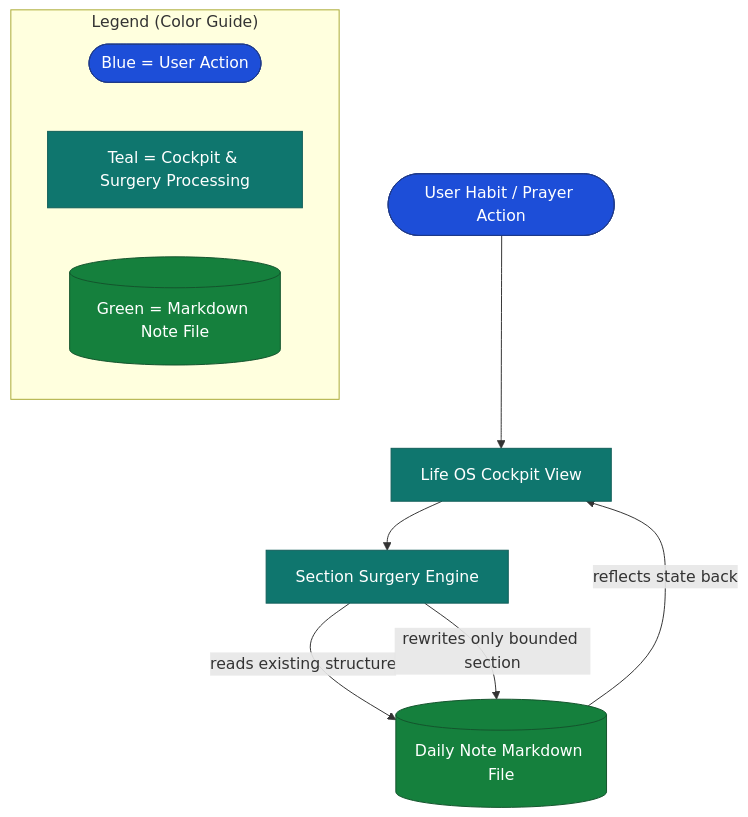
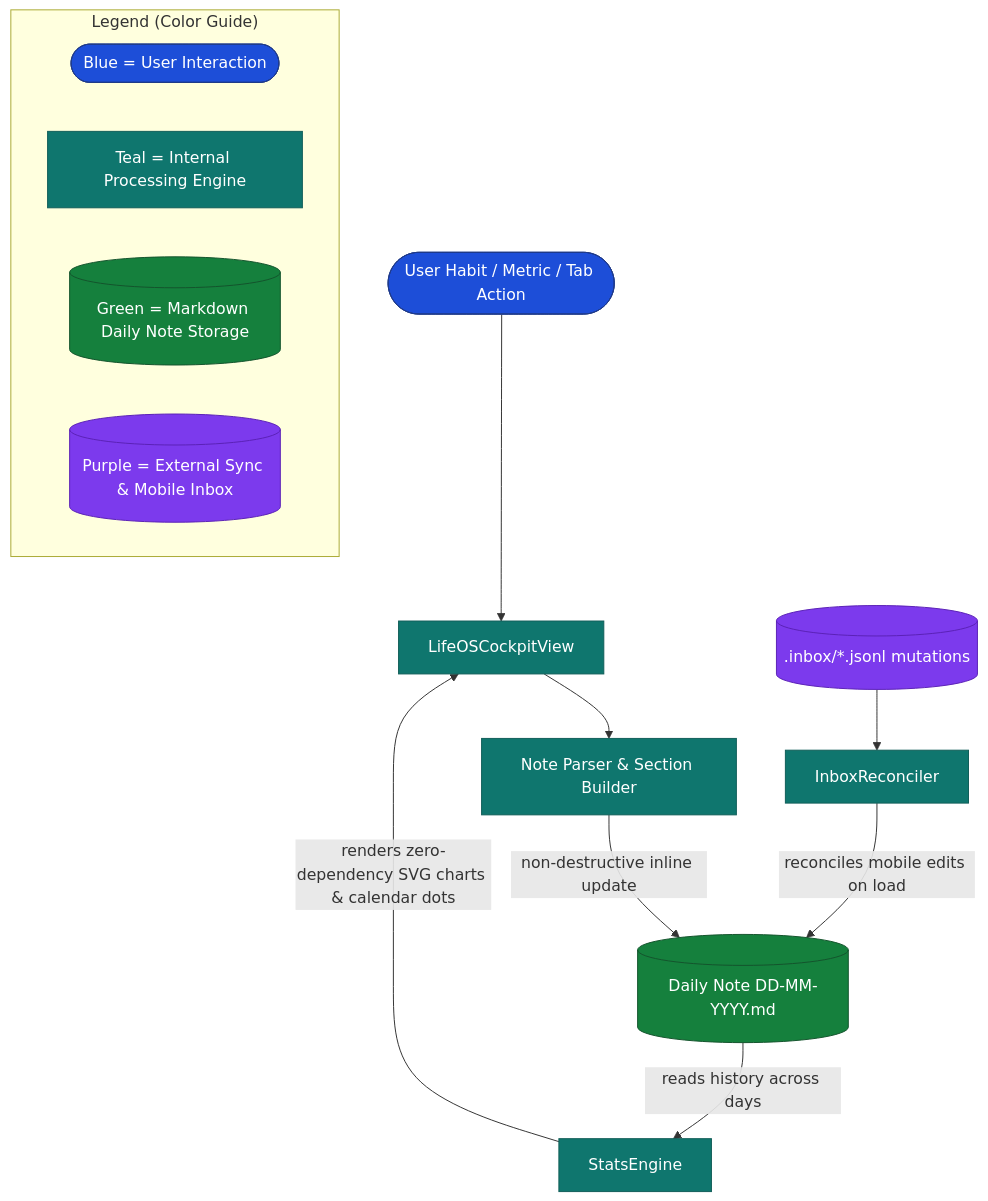
The diagram in docs/ARCHITECTURE.md (Mostakim2005/life-os), drawn with Mermaid before and after one commit. The commit also changed other lines of this file and 3 other files, not shown here.

Commit message:
docs: sync architecture, visual flows, and decisions for v3 cockpit

````diff
--- a/docs/ARCHITECTURE.md
+++ b/docs/ARCHITECTURE.md
@@ -6,19 +6,23 @@
 ```mermaid
 flowchart TB
     %% Color Definitions (Obsidian & GitHub compatible)
     classDef startNode fill:#1d4ed8,stroke:#1e3a8a,color:#ffffff
     classDef processNode fill:#0f766e,stroke:#115e59,color:#ffffff
     classDef outputNode fill:#15803d,stroke:#14532d,color:#ffffff
+    classDef bridgeNode fill:#7c3aed,stroke:#5b21b6,color:#ffffff
 
-    User([User Habit / Prayer Action]):::startNode --> View[Life OS Cockpit View]:::processNode
-    View --> Surgeon[Section Surgery Engine]:::processNode
-    Surgeon -->|reads existing structure| Note[(Daily Note Markdown File)]:::outputNode
-    Surgeon -->|rewrites only bounded section| Note
-    Note -->|reflects state back| View
+    User([User Habit / Metric / Tab Action]):::startNode --> Cockpit[LifeOSCockpitView]:::processNode
+    Cockpit --> NoteParser[Note Parser & Section Builder]:::processNode
+    NoteParser -->|non-destructive inline update| NoteFile[(Daily Note DD-MM-YYYY.md)]:::outputNode
+    NoteFile -->|reads history across days| Stats[StatsEngine]:::processNode
+    Stats -->|renders zero-dependency SVG charts & calendar dots| Cockpit
+    Inbox[(.inbox/*.jsonl mutations)]:::bridgeNode --> Reconciler[InboxReconciler]:::processNode
+    Reconciler -->|reconciles mobile edits on load| NoteFile
 
     subgraph Legend["Legend (Color Guide)"]
-        L1([Blue = User Action]):::startNode
-        L2[Teal = Cockpit & Surgery Processing]:::processNode
-        L3[(Green = Markdown Note File)]:::outputNode
+        L1([Blue = User Interaction]):::startNode
+        L2[Teal = Internal Processing Engine]:::processNode
+        L3[(Green = Markdown Daily Note Storage)]:::outputNode
+        L4[(Purple = External Sync & Mobile Inbox)]:::bridgeNode
     end
 ```
````
